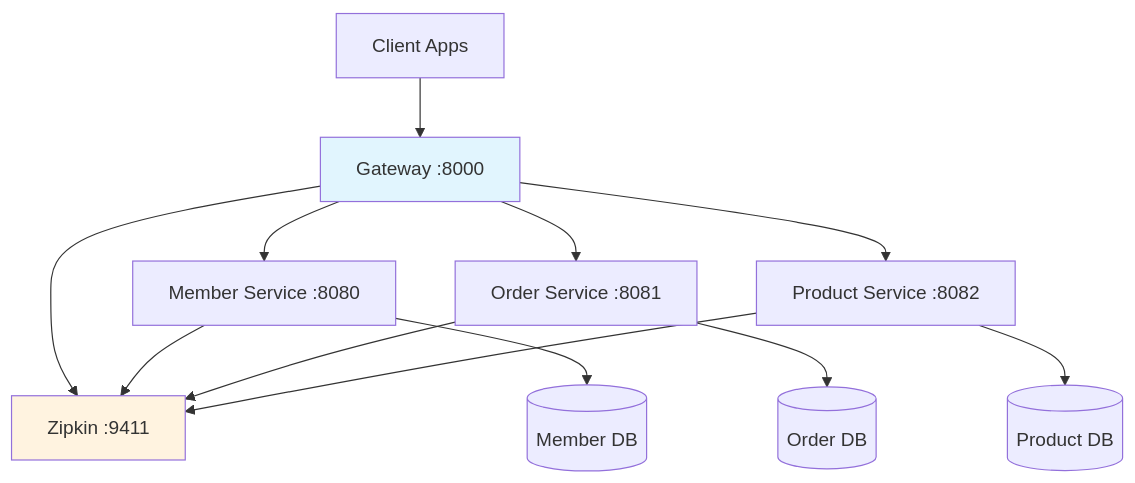
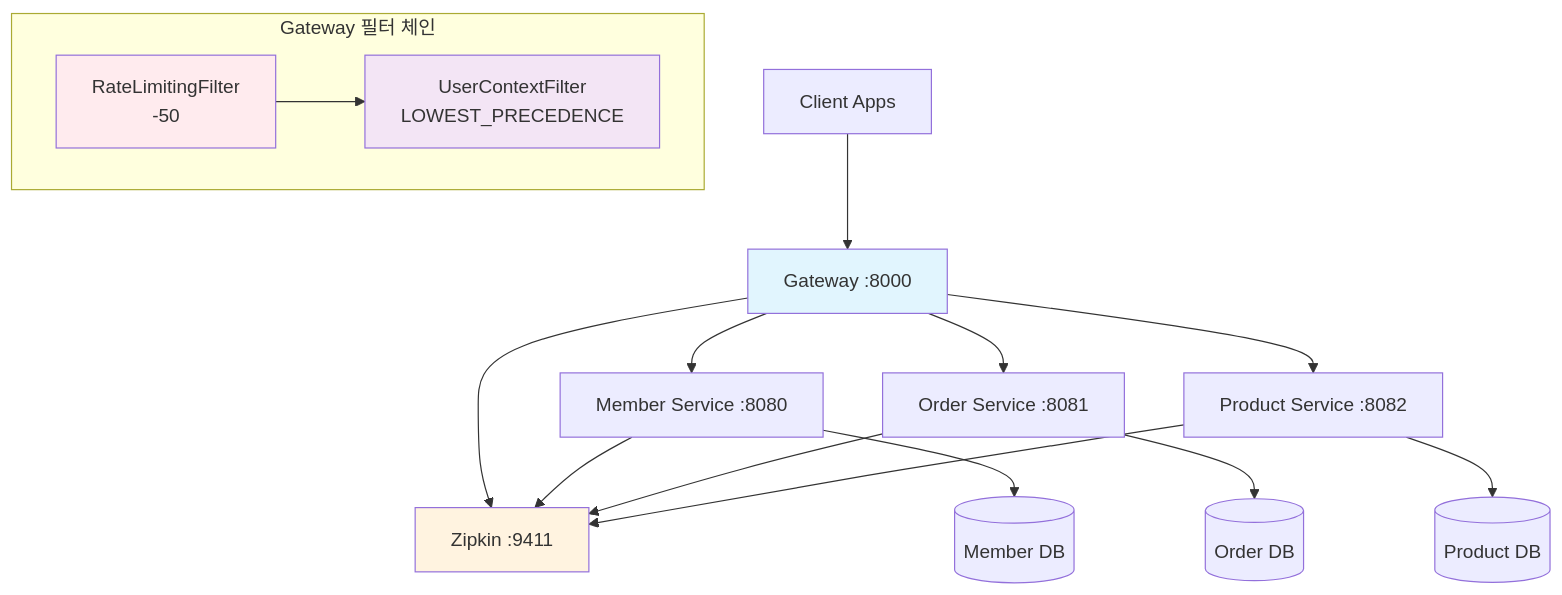
Before and after one commit to INNER-CIRCLE-ICD4/Project-3.-Commerce: the first of 2 diagrams in infra/gateway/README.md, drawn with Mermaid. The commit also changed other lines of this file and 4 other files, not shown here.

````diff
--- a/infra/gateway/README.md
+++ b/infra/gateway/README.md
@@ -44,19 +55,25 @@
 ```mermaid
 graph TD
     Client[Client Apps] --> Gateway[Gateway :8000]
     Gateway --> Member[Member Service :8080]
     Gateway --> Order[Order Service :8081] 
     Gateway --> Product[Product Service :8082]
     
     Gateway --> Zipkin[Zipkin :9411]
     Member --> Zipkin
     Order --> Zipkin
     Product --> Zipkin
     
     Member --> DB1[(Member DB)]
     Order --> DB2[(Order DB)]
     Product --> DB3[(Product DB)]
     
+    subgraph "Gateway 필터 체인"
+        RF[RateLimitingFilter<br/>-50] --> UF[UserContextFilter<br/>LOWEST_PRECEDENCE]
+    end
+    
     style Gateway fill:#e1f5fe
     style Zipkin fill:#fff3e0
+    style RF fill:#ffebee
+    style UF fill:#f3e5f5
 ```
````
